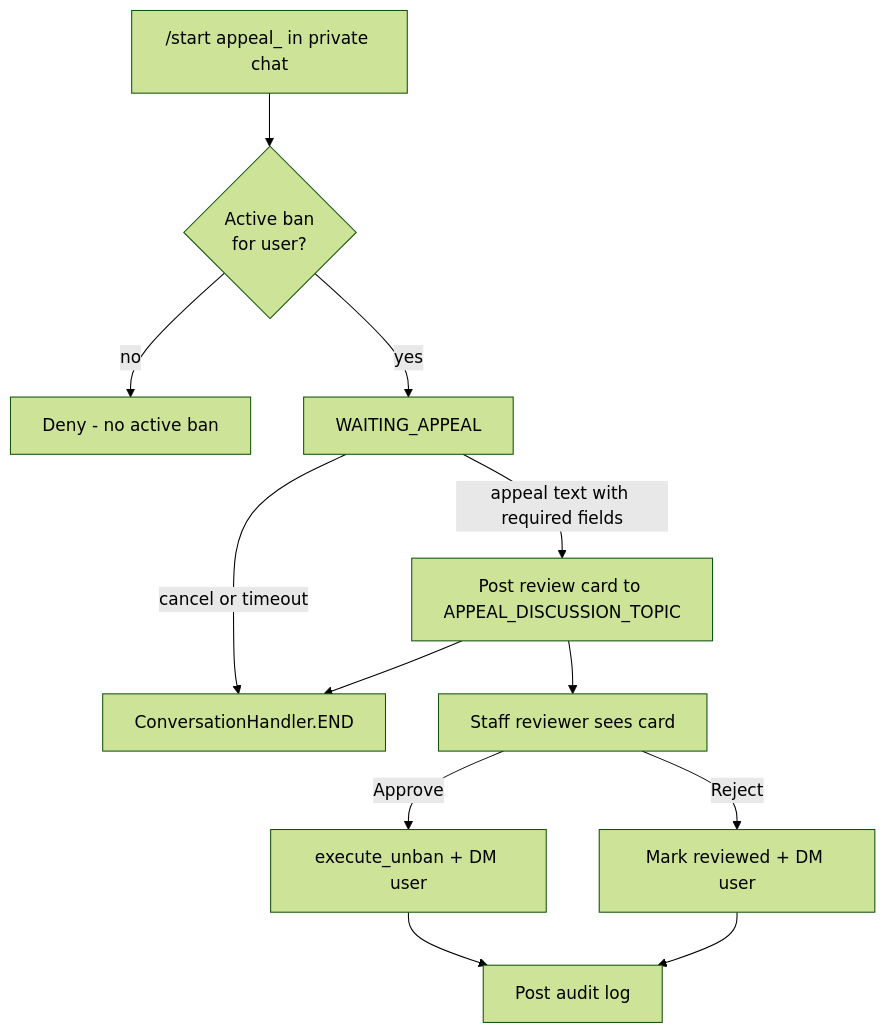
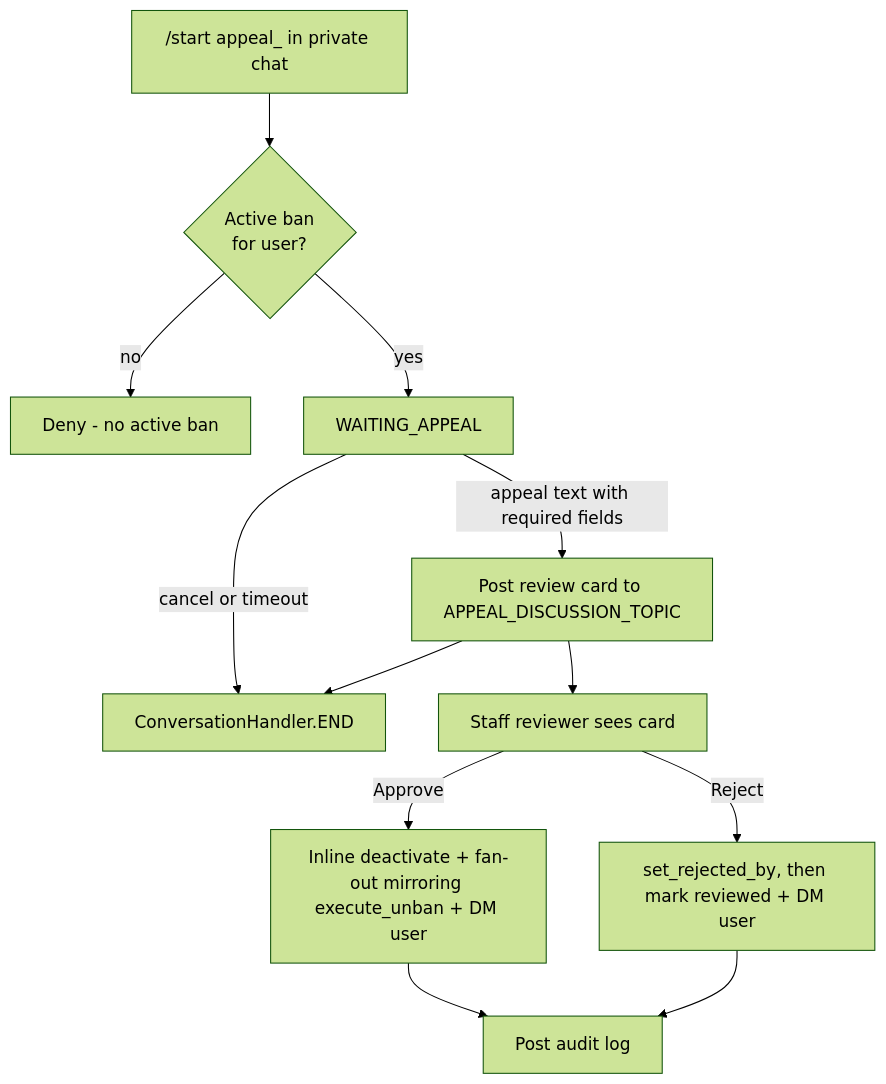
The fourth of 4 diagrams in docs/architecture/workflows.md (D1ZZY4/tgbot_tcf), drawn with Mermaid (forest theme) before and after one commit. The commit also changed other lines of this file and 8 other files, not shown here.

````diff
--- a/docs/architecture/workflows.md
+++ b/docs/architecture/workflows.md
@@ -194,14 +196,14 @@
 ```mermaid
 flowchart TD
     Start["/start appeal_<ban_id> in private chat"] --> Check{Active ban\nfor user?}
     Check -->|no| Deny[Deny - no active ban]
     Check -->|yes| Wait[WAITING_APPEAL]
     Wait -->|appeal text with required fields| Post[Post review card to APPEAL_DISCUSSION_TOPIC]
     Wait -->|cancel or timeout| End[ConversationHandler.END]
     Post --> End
     Post --> Review[Staff reviewer sees card]
-    Review -->|Approve| Unban[execute_unban + DM user]
-    Review -->|Reject| Reject[Mark reviewed + DM user]
+    Review -->|Approve| Unban[Inline deactivate + fan-out mirroring execute_unban + DM user]
+    Review -->|Reject| Reject[set_rejected_by, then mark reviewed + DM user]
     Unban --> LogChat[Post audit log]
     Reject --> LogChat
 ```
````
